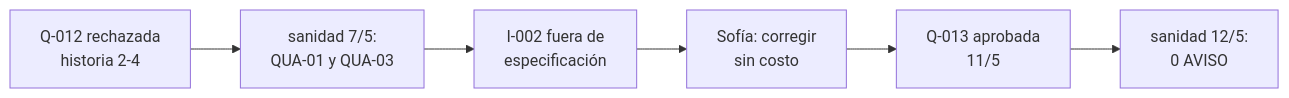
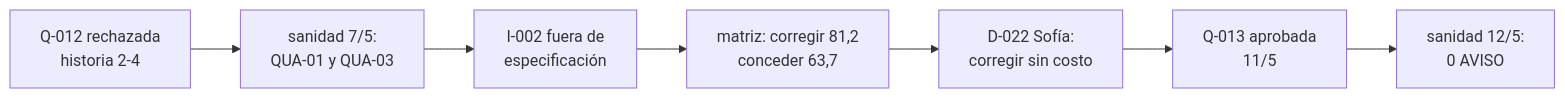
The third of 5 diagrams in docs/guias/E2E-4-producto-bmad.md (Arturo-Penas-Rial/pm-method), drawn with Mermaid before and after one commit. The commit also changed other lines of this file and 277 other files, not shown here.

````diff
--- a/docs/guias/E2E-4-producto-bmad.md
+++ b/docs/guias/E2E-4-producto-bmad.md
@@ -938,6 +1040,6 @@
 ```mermaid
 flowchart LR
     r["Q-012 rechazada<br/>historia 2-4"] --> s["sanidad 7/5:<br/>QUA-01 y QUA-03"]
-    s --> i["I-002 fuera de<br/>especificación"] --> d["Sofía: corregir<br/>sin costo"]
+    s --> i["I-002 fuera de<br/>especificación"] --> m["matriz: corregir 81,2<br/>conceder 63,7"] --> d["D-022 Sofía:<br/>corregir sin costo"]
     d --> q["Q-013 aprobada<br/>11/5"] --> ok["sanidad 12/5:<br/>0 AVISO"]
 ```
````
